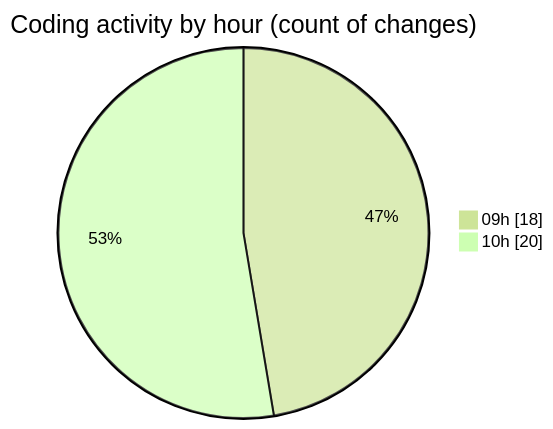
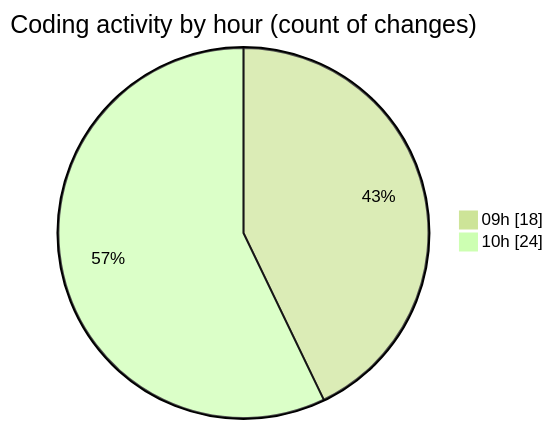
Before and after one commit to momahboobian/code-tracking: the second of 2 diagrams in 2025-07-01/cda/README.md, drawn with Mermaid (forest theme). The commit also changed other lines of this file and 1 other file, not shown here.

````diff
--- a/2025-07-01/cda/README.md
+++ b/2025-07-01/cda/README.md
@@ -33,6 +33,6 @@
 ```mermaid
 pie showData
 title Coding activity by hour (count of changes)
 "09h" : 18
-"10h" : 20
+"10h" : 24
 ```
````
